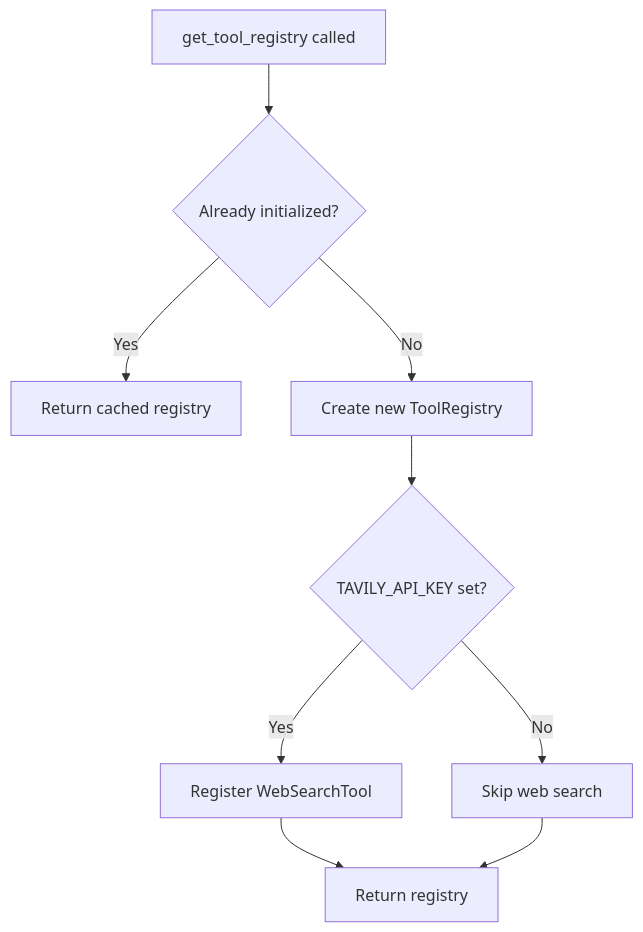
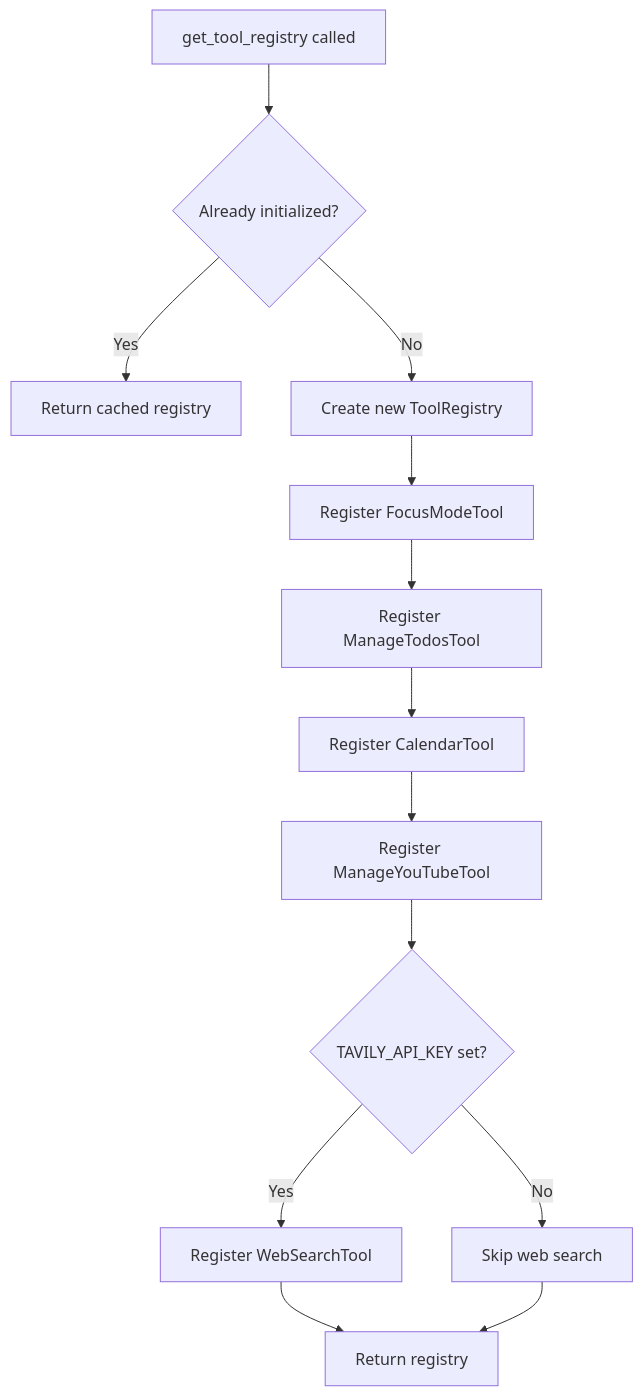
One commit to tekkno89/alfred-pa changed the third of 3 diagrams in .claude/diagrams/tool-system.md. Above: the diagram before and after it, drawn with Mermaid. The commit also changed other lines of this file and 10 other files, not shown here.

First line of the commit message:
docs: Add missing diagrams and update docs for todos, notes, youtube, calendar, and triage

````diff
--- a/.claude/diagrams/tool-system.md
+++ b/.claude/diagrams/tool-system.md
@@ -54,11 +102,15 @@
 ```mermaid
 graph TD
     A[get_tool_registry called] --> B{Already initialized?}
     B -->|Yes| C[Return cached registry]
     B -->|No| D[Create new ToolRegistry]
-    D --> E{TAVILY_API_KEY set?}
-    E -->|Yes| F[Register WebSearchTool]
-    E -->|No| G[Skip web search]
-    F --> H[Return registry]
-    G --> H
+    D --> E[Register FocusModeTool]
+    E --> F[Register ManageTodosTool]
+    F --> G[Register CalendarTool]
+    G --> H[Register ManageYouTubeTool]
+    H --> I{TAVILY_API_KEY set?}
+    I -->|Yes| J[Register WebSearchTool]
+    I -->|No| K[Skip web search]
+    J --> L[Return registry]
+    K --> L
 ```
````
